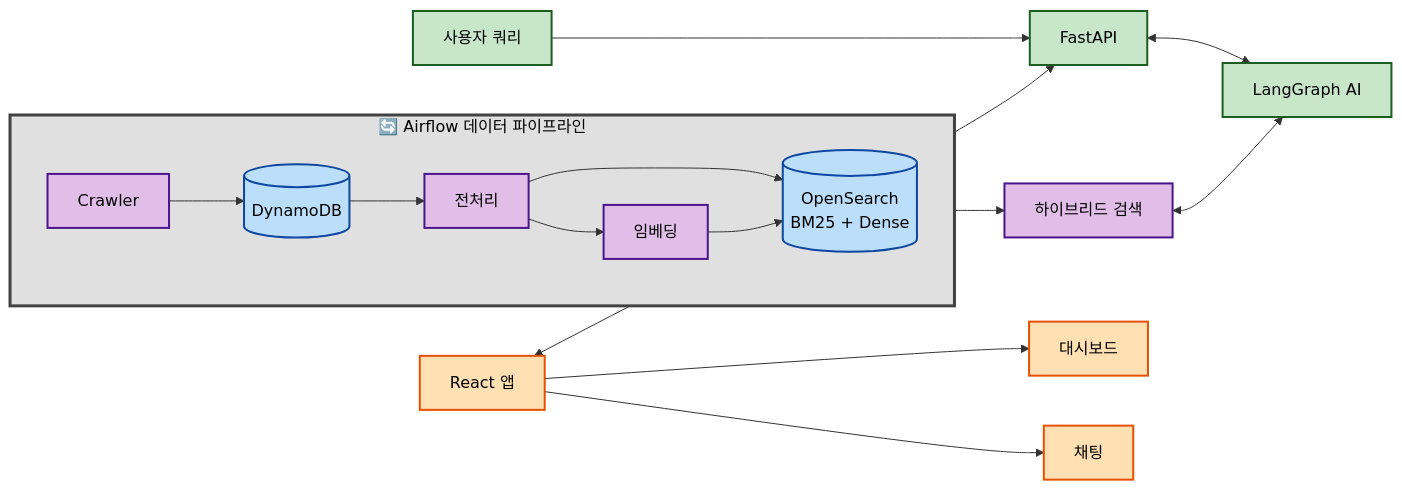
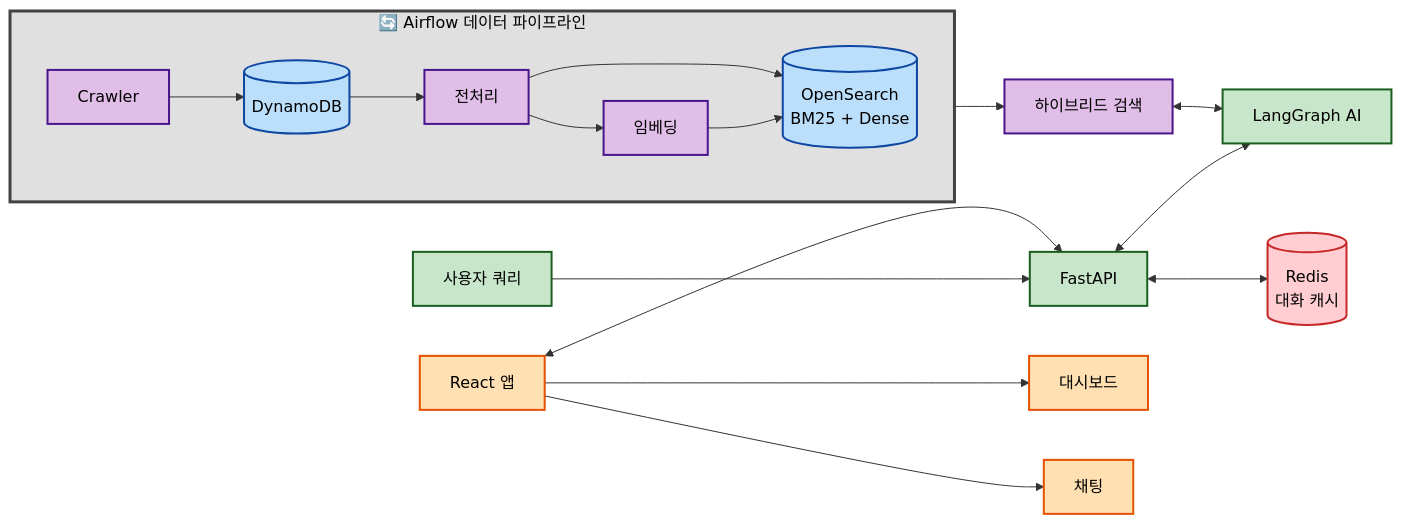
Before and after one commit to statjhw/MangMangDae-AI: the diagram in README.md, drawn with Mermaid. The commit also changed 1 other file, not shown here.

````diff
--- a/README.md
+++ b/README.md
@@ -70,33 +70,36 @@
 ```mermaid
 graph LR
     %% Airflow 데이터 파이프라인
     subgraph Airflow["🔄 Airflow 데이터 파이프라인"]
         direction LR
         B[Crawler] --> C[(DynamoDB)]
         C --> D[전처리] --> E[임베딩]
         D --> F[(OpenSearch<br/>BM25 + Dense)]
         E --> F
     end
     
     %% 검색 및 AI
     G[사용자 쿼리] --> H[FastAPI] <--> J[LangGraph AI]
     F --> I[하이브리드 검색] <--> J
+    H <--> K[(Redis<br/>대화 캐시)]
     
     %% 프론트엔드
     L[React 앱] <--> H
     L --> M[대시보드]
     L --> N[채팅]
     
     %% 스타일링
     classDef db fill:#bbdefb,stroke:#0d47a1,stroke-width:2px,color:#000000
+    classDef cache fill:#ffcdd2,stroke:#c62828,stroke-width:2px,color:#000000
     classDef process fill:#e1bee7,stroke:#4a148c,stroke-width:2px,color:#000000
     classDef ai fill:#c8e6c9,stroke:#1b5e20,stroke-width:2px,color:#000000
     classDef ui fill:#ffe0b2,stroke:#e65100,stroke-width:2px,color:#000000
     classDef pipeline fill:#e0e0e0,stroke:#424242,stroke-width:3px,color:#000000
 
     class C,F db
+    class K cache
     class B,D,E,I process
     class G,H,J ai
     class L,M,N ui
     class Airflow pipeline
 ```
````
